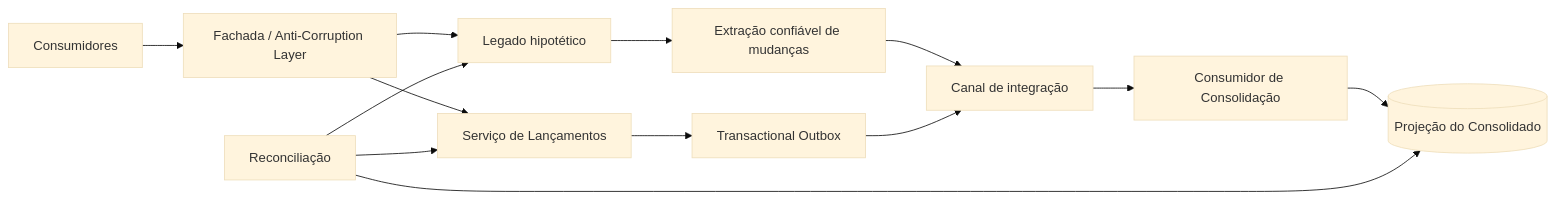
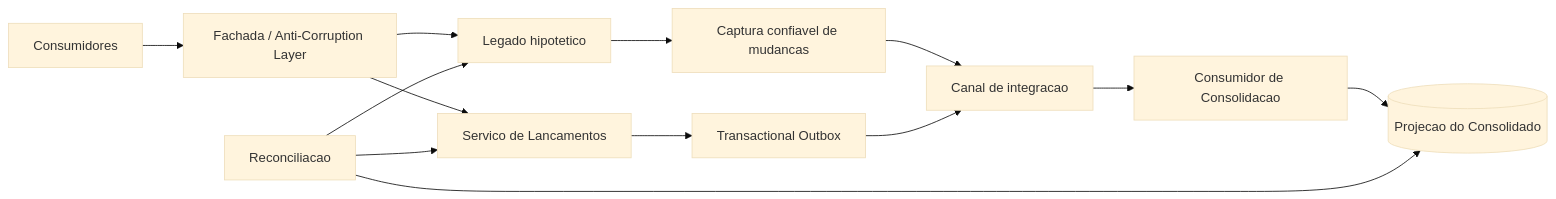
One commit to ThiagoFerraciolli/cash-flow-architecture changed the second of 2 diagrams in docs/03-arquitetura-solucao/arquitetura-transicao-hipotetica.md. Above: the diagram before and after it, drawn with Mermaid (base theme). The commit also changed other lines of this file, not shown here.

````diff
--- a/docs/03-arquitetura-solucao/arquitetura-transicao-hipotetica.md
+++ b/docs/03-arquitetura-solucao/arquitetura-transicao-hipotetica.md
@@ -20,18 +40,18 @@
 ```mermaid
 flowchart LR
     C[Consumidores] --> F[Fachada / Anti-Corruption Layer]
-    F --> L[Legado hipotético]
-    F --> T[Serviço de Lançamentos]
+    F --> L[Legado hipotetico]
+    F --> T[Servico de Lancamentos]
 
-    L --> X[Extração confiável de mudanças]
+    L --> X[Captura confiavel de mudancas]
     T --> O[Transactional Outbox]
-    X --> B[Canal de integração]
+    X --> B[Canal de integracao]
     O --> B
 
-    B --> W[Consumidor de Consolidação]
-    W --> P[(Projeção do Consolidado)]
+    B --> W[Consumidor de Consolidacao]
+    W --> P[(Projecao do Consolidado)]
 
-    R[Reconciliação] --> L
+    R[Reconciliacao] --> L
     R --> T
     R --> P
 ```
````
